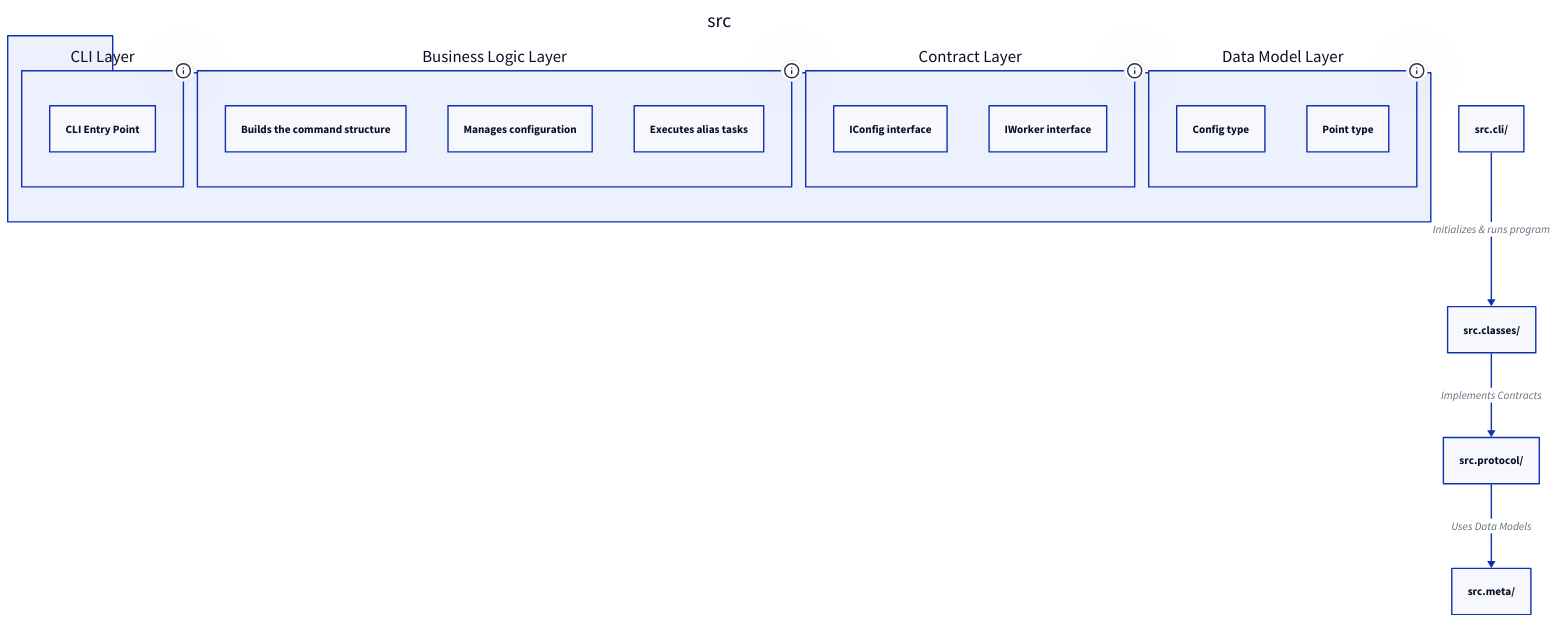
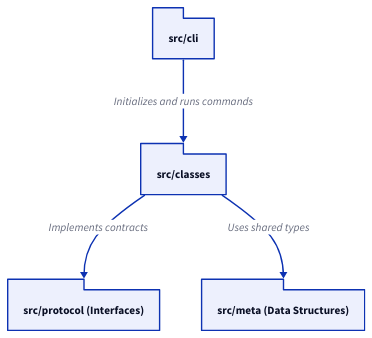
Before and after one commit to lban2049/to-where-cli: the diagram in .aigne/doc-smith/docs/development-project-structure.md, drawn with D2. The commit also changed other lines of this file and 24 other files, not shown here.

````diff
--- a/.aigne/doc-smith/docs/development-project-structure.md
+++ b/.aigne/doc-smith/docs/development-project-structure.md
@@ -11,40 +11,28 @@
 ```d2
 direction: down
 
-"src": {
+"CLI Entry Point": {
+  label: "src/cli"
   shape: package
-
-  "cli/": {
-    label: "CLI Layer"
-    tooltip: "Handles command-line interaction"
-    "index.ts": "CLI Entry Point"
-  }
-
-  "classes/": {
-    label: "Business Logic Layer"
-    tooltip: "Implements core functionalities"
-    "create-program.ts": "Builds the command structure"
-    "simple-config.ts": "Manages configuration"
-    "simple-worker.ts": "Executes alias tasks"
-  }
-
-  "protocol/": {
-    label: "Contract Layer"
-    tooltip: "Defines interfaces for services"
-    "config.protocol.ts": "IConfig interface"
-    "worker.protocol.ts": "IWorker interface"
-  }
-
-  "meta/": {
-    label: "Data Model Layer"
-    tooltip: "Defines core data structures"
-    "config.meta.ts": "Config type"
-    "point.meta.ts": "Point type"
-  }
 }
 
-"src.cli/" -> "src.classes/": "Initializes & runs program"
-"src.classes/" -> "src.protocol/": "Implements Contracts"
-"src.protocol/" -> "src.meta/": "Uses Data Models"
+"Core Logic": {
+  label: "src/classes"
+  shape: package
+}
+
+"Protocols": {
+  label: "src/protocol (Interfaces)"
+  shape: package
+}
+
+"Meta": {
+  label: "src/meta (Data Structures)"
+  shape: package
+}
+
+"CLI Entry Point" -> "Core Logic": "Initializes and runs commands"
+"Core Logic" -> "Protocols": "Implements contracts"
+"Core Logic" -> "Meta": "Uses shared types"
 
 ```
````
